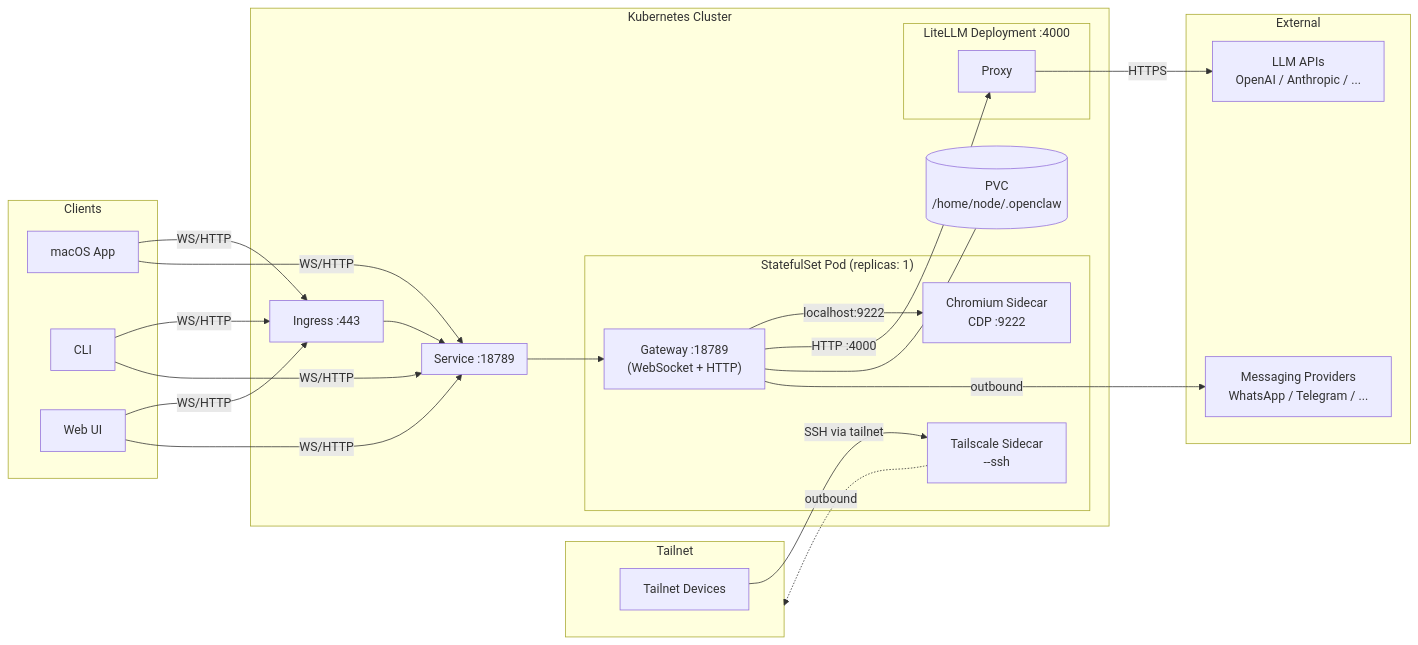
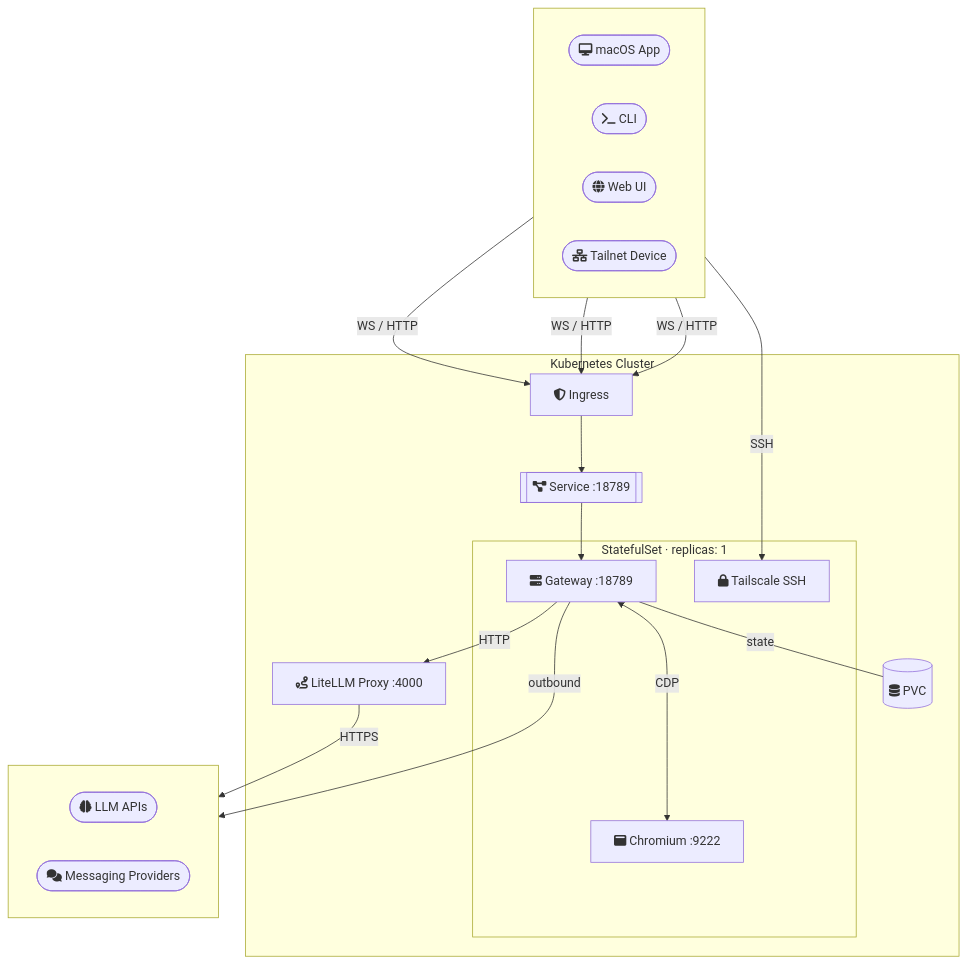
Before and after one commit to iMerica/kubeclaw: the diagram in README.md, drawn with Mermaid.

````diff
--- a/README.md
+++ b/README.md
@@ -48,48 +48,39 @@
 ```mermaid
-graph LR
-    subgraph Clients
-        app[macOS App]
-        cli[CLI]
-        web[Web UI]
+graph TB
+    subgraph clients [" "]
+        direction LR
+        app([fa:fa-desktop macOS App])
+        cli([fa:fa-terminal CLI])
+        web([fa:fa-globe Web UI])
+        tsdevice([fa:fa-network-wired Tailnet Device])
     end
 
-    subgraph Tailnet
-        tsdevice[Tailnet Devices]
+    subgraph cluster ["Kubernetes Cluster"]
+        ingress[fa:fa-shield-halved Ingress]
+
+        subgraph pod ["StatefulSet · replicas: 1"]
+            gw[fa:fa-server Gateway :18789]
+            chrome[fa:fa-window-maximize Chromium :9222]
+            ts[fa:fa-lock Tailscale SSH]
+        end
+
+        svc[[fa:fa-diagram-project Service :18789]]
+        litellm[fa:fa-route LiteLLM Proxy :4000]
+        pvc[(fa:fa-database PVC)]
     end
 
-    subgraph Cluster["Kubernetes Cluster"]
-        ingress[Ingress :443]
-
-        subgraph svc["Service :18789"]
-            direction TB
-        end
-
-        subgraph pod["StatefulSet Pod (replicas: 1)"]
-            gw["Gateway :18789\n(WebSocket + HTTP)"]
-            chrome["Chromium Sidecar\nCDP :9222"]
-            tssidecar["Tailscale Sidecar\n--ssh"]
-        end
-
-        subgraph litellm["LiteLLM Deployment :4000"]
-            proxy[Proxy]
-        end
-
-        pvc[(PVC\n/home/node/.openclaw)]
+    subgraph external [" "]
+        direction LR
+        llm([fa:fa-brain LLM APIs])
+        msg([fa:fa-comments Messaging Providers])
     end
 
-    subgraph External
-        llm[LLM APIs\nOpenAI / Anthropic / ...]
-        msg[Messaging Providers\nWhatsApp / Telegram / ...]
-    end
-
-    app & cli & web -- "WS/HTTP" --> ingress
-    app & cli & web -- "WS/HTTP" --> svc
-    tsdevice -- "SSH via tailnet" --> tssidecar
+    app & cli & web -->|WS / HTTP| ingress
+    tsdevice -->|SSH| ts
     ingress --> svc --> gw
-    gw -- "localhost:9222" --> chrome
-    gw -- "HTTP :4000" --> proxy
-    gw --- pvc
-    gw -- "outbound" --> msg
-    proxy -- "HTTPS" --> llm
-    tssidecar -. "outbound" .-> Tailnet
+    gw <--->|CDP| chrome
+    gw -->|HTTP| litellm
+    gw ---|state| pvc
+    gw -->|outbound| msg
+    litellm -->|HTTPS| llm
 ```
````
